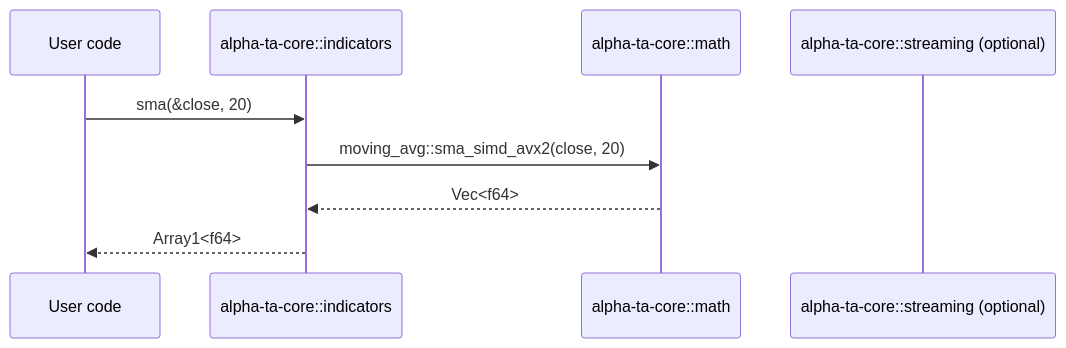
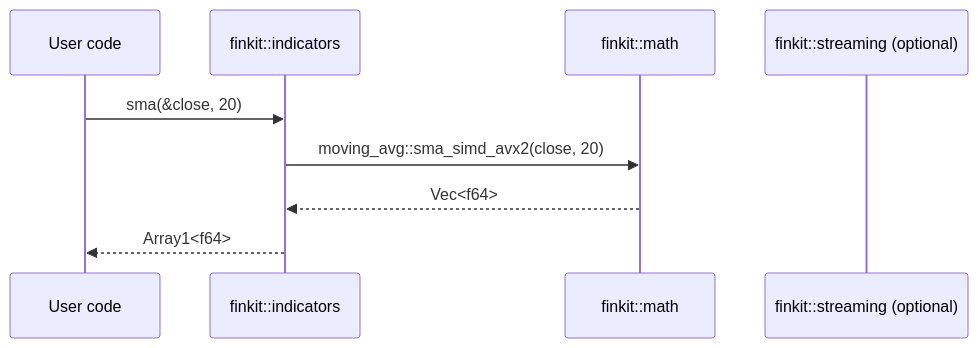
One commit to coeasy/finkit changed the first of 4 diagrams in docs/architecture/dataflow.md. Above: the diagram before and after it, drawn with Mermaid. The commit also changed other lines of this file and 112 other files, not shown here.

````diff
--- a/docs/architecture/dataflow.md
+++ b/docs/architecture/dataflow.md
@@ -7,12 +7,12 @@
 ```mermaid
 sequenceDiagram
   participant U as User code
-  participant C as alpha-ta-core::indicators
-  participant M as alpha-ta-core::math
-  participant S as alpha-ta-core::streaming (optional)
+  participant C as finkit::indicators
+  participant M as finkit::math
+  participant S as finkit::streaming (optional)
 
   U->>C: sma(&close, 20)
   C->>M: moving_avg::sma_simd_avx2(close, 20)
   M-->>C: Vec<f64>
   C-->>U: Array1<f64>
 ```
````
